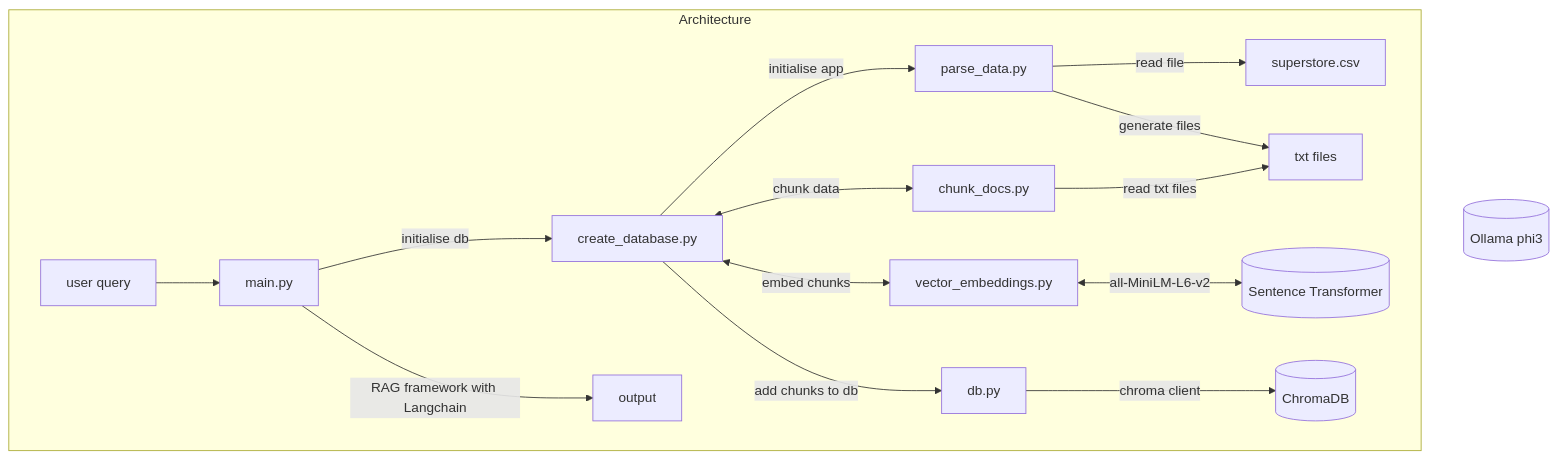
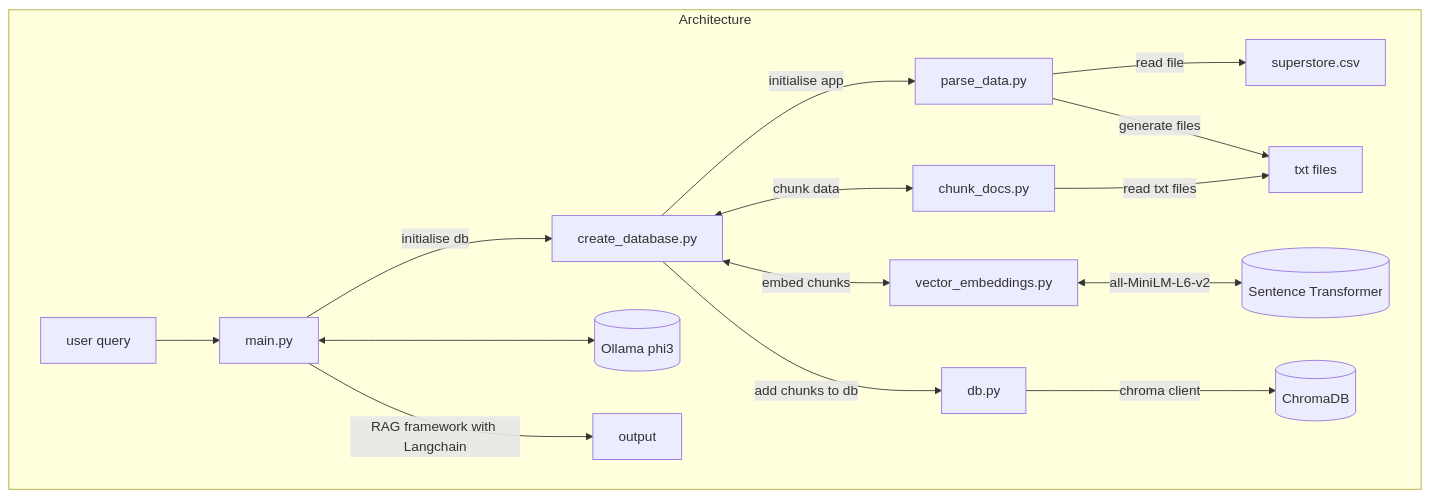
The diagram in README.md (simkatti/RAG-Based-Sales-Data-Analysis), drawn with Mermaid before and after one commit.

````diff
--- a/README.md
+++ b/README.md
@@ -14,25 +14,26 @@
 ```mermaid
 graph TD
     %% initialise 
     subgraph Architecture
         A[create_database.py] --> |initialise app| B[parse_data.py]
         B -->|read file| SC[superstore.csv]
         B -->|generate files| TF[txt files]
         A <--> |chunk data| CD[chunk_docs.py]
         CD --> |read txt files| TF
         A <--> |embed chunks| VE[vector_embeddings.py]
         VE <--> |all-MiniLM-L6-v2| ST
         A --> |add chunks to db| DB[db.py]
         DB --> |chroma client| CDB
         C[user query] --> M[main.py]
+        M <--> OL
         M --> | RAG framework with Langchain| O[output]
         M --> |initialise db| A
 
 
     end
     %% External Connections
     CDB[(ChromaDB)]
     ST[(Sentence Transformer)]
     OL[(Ollama phi3)]
 
 ```
````
